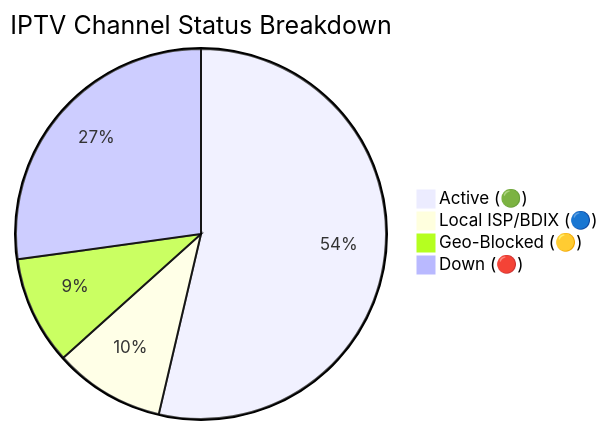
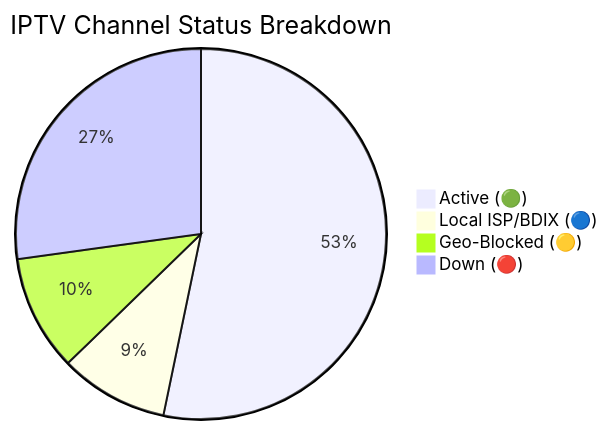
One commit to f6388600-ai/Web changed the diagram in README.md. Above: the diagram before and after it, drawn with Mermaid. The commit also changed other lines of this file and 6 other files, not shown here.

````diff
--- a/README.md
+++ b/README.md
@@ -149,7 +149,7 @@
 ```mermaid
 pie title IPTV Channel Status Breakdown
-    "Active (🟢)" : 9197
-    "Local ISP/BDIX (🔵)" : 1659
-    "Geo-Blocked (🟡)" : 1623
-    "Down (🔴)" : 4659
+    "Active (🟢)" : 9106
+    "Local ISP/BDIX (🔵)" : 1621
+    "Geo-Blocked (🟡)" : 1725
+    "Down (🔴)" : 4646
 ```
````
